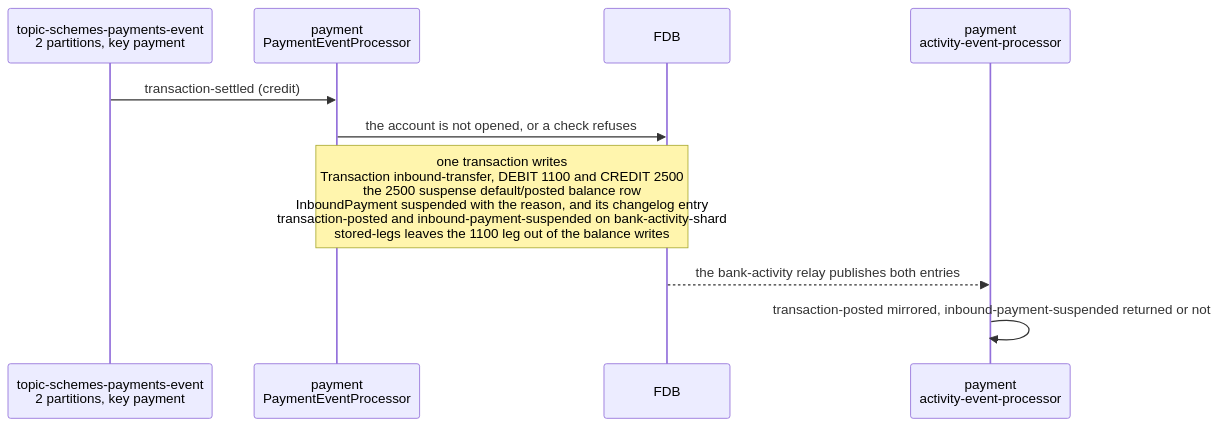
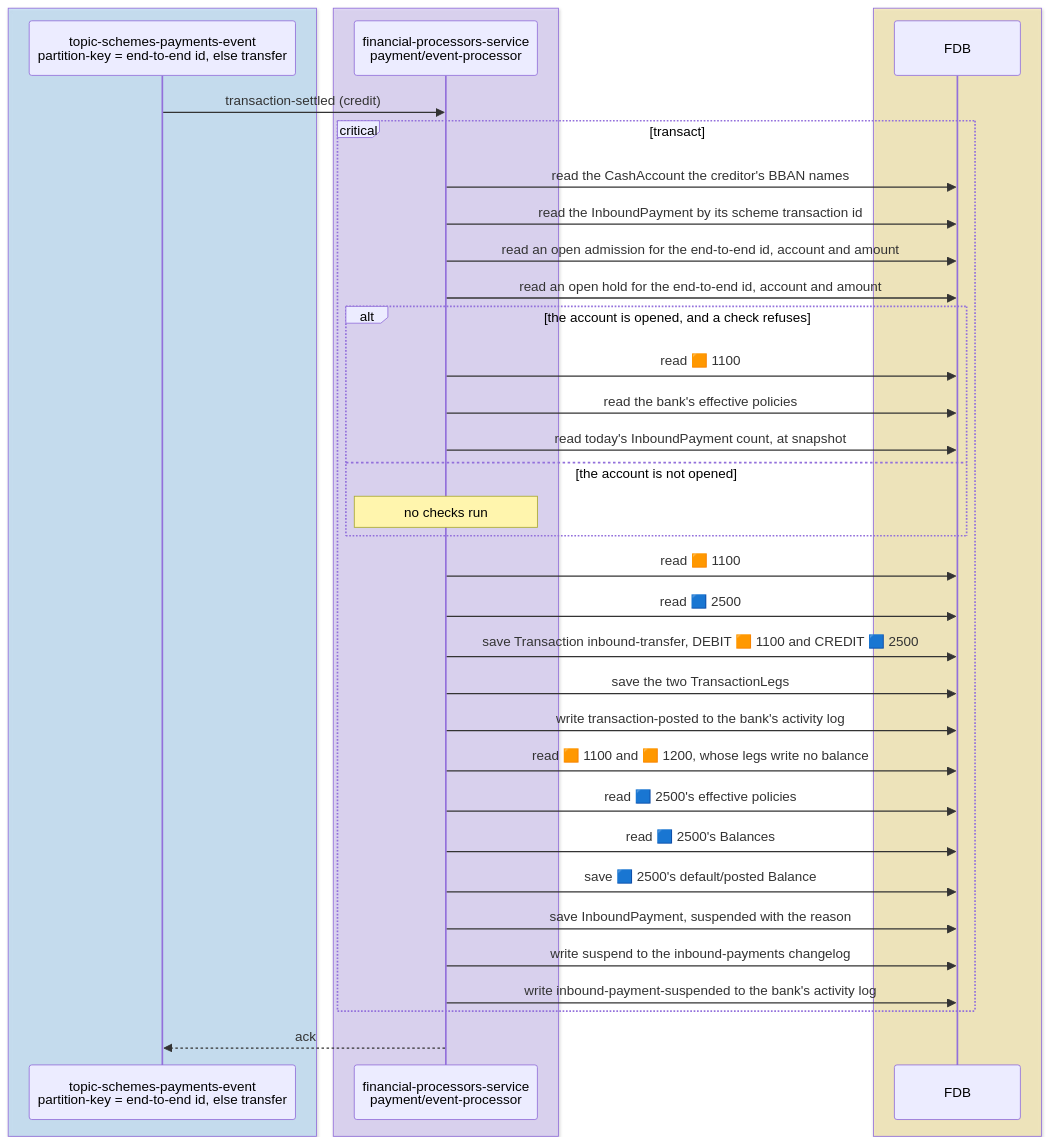
Before and after one commit to repldriven/queenswood: the fifth of 15 diagrams in docs/tdd/payments-inbound.md, drawn with Mermaid. The commit also changed other lines of this file and 3 other files, not shown here.

````diff
--- a/docs/tdd/payments-inbound.md
+++ b/docs/tdd/payments-inbound.md
@@ -105,12 +258,39 @@
 ```mermaid
 sequenceDiagram
-    participant SE as topic-schemes-payments-event<br/>2 partitions, key payment
-    participant PE as payment<br/>PaymentEventProcessor
+    box rgba(165, 216, 255, 0.45)
+    participant SE as topic-schemes-payments-event<br/>partition-key = end-to-end id, else transfer
+    end
+    box rgba(208, 191, 255, 0.45)
+    participant PE as financial-processors-service<br/>payment/event-processor
+    end
+    box rgba(255, 236, 153, 0.5)
     participant DB as FDB
-    participant AP as payment<br/>activity-event-processor
+    end
     SE->>PE: transaction-settled (credit)
-    PE->>DB: the account is not opened, or a check refuses
-    Note over PE,DB: one transaction writes<br/>Transaction inbound-transfer, DEBIT 1100 and CREDIT 2500<br/>the 2500 suspense default/posted balance row<br/>InboundPayment suspended with the reason, and its changelog entry<br/>transaction-posted and inbound-payment-suspended on bank-activity-shard<br/>stored-legs leaves the 1100 leg out of the balance writes
-    DB-->>AP: the bank-activity relay publishes both entries
-    AP->>AP: transaction-posted mirrored, inbound-payment-suspended returned or not
+    critical transact
+    PE->>DB: read the CashAccount the creditor's BBAN names
+    PE->>DB: read the InboundPayment by its scheme transaction id
+    PE->>DB: read an open admission for the end-to-end id, account and amount
+    PE->>DB: read an open hold for the end-to-end id, account and amount
+    alt the account is opened, and a check refuses
+    PE->>DB: read 🟧 1100
+    PE->>DB: read the bank's effective policies
+    PE->>DB: read today's InboundPayment count, at snapshot
+    else the account is not opened
+    Note over PE: no checks run
+    end
+    PE->>DB: read 🟧 1100
+    PE->>DB: read 🟦 2500
+    PE->>DB: save Transaction inbound-transfer, DEBIT 🟧 1100 and CREDIT 🟦 2500
+    PE->>DB: save the two TransactionLegs
+    PE->>DB: write transaction-posted to the bank's activity log
+    PE->>DB: read 🟧 1100 and 🟧 1200, whose legs write no balance
+    PE->>DB: read 🟦 2500's effective policies
+    PE->>DB: read 🟦 2500's Balances
+    PE->>DB: save 🟦 2500's default/posted Balance
+    PE->>DB: save InboundPayment, suspended with the reason
+    PE->>DB: write suspend to the inbound-payments changelog
+    PE->>DB: write inbound-payment-suspended to the bank's activity log
+    end
+    PE-->>SE: ack
 ```
````
